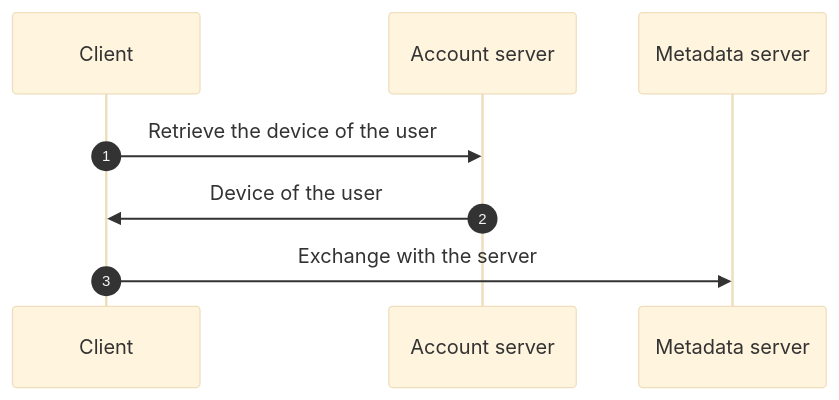
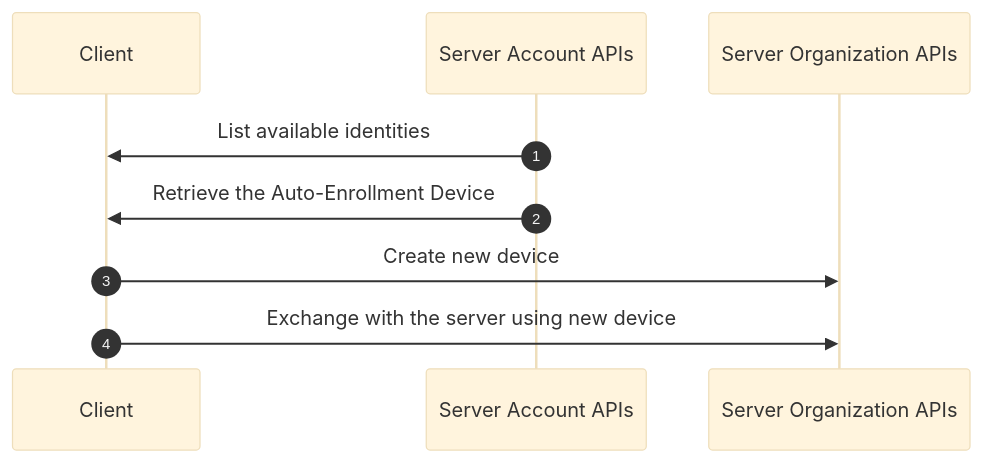
Before and after one commit to Scille/parsec-cloud: the first of 2 diagrams in docs/rfcs/1013-parsec-account.md, drawn with Mermaid (base theme). The commit also changed other lines of this file, not shown here.

Commit message:
Update RFC1013 - Parsec account

````diff
--- a/docs/rfcs/1013-parsec-account.md
+++ b/docs/rfcs/1013-parsec-account.md
@@ -50,12 +126,12 @@
 ```mermaid
 sequenceDiagram
   autonumber
   participant Client
-  participant S_Acc as Account server
-  participant S_Data as Metadata server
+  participant S_Acc as Server Account APIs
+  participant S_Org as Server Organization APIs
 
-  Client ->> S_Acc: Retrieve the device of the user
-  S_Acc ->> Client: Device of the user
-
-  Client ->> S_Data: Exchange with the server
+  S_Acc ->> Client: List available identities
+  S_Acc ->> Client: Retrieve the Auto-Enrollment Device
+  Client ->> S_Org: Create new device
+  Client ->> S_Org: Exchange with the server using new device
 ```
````
